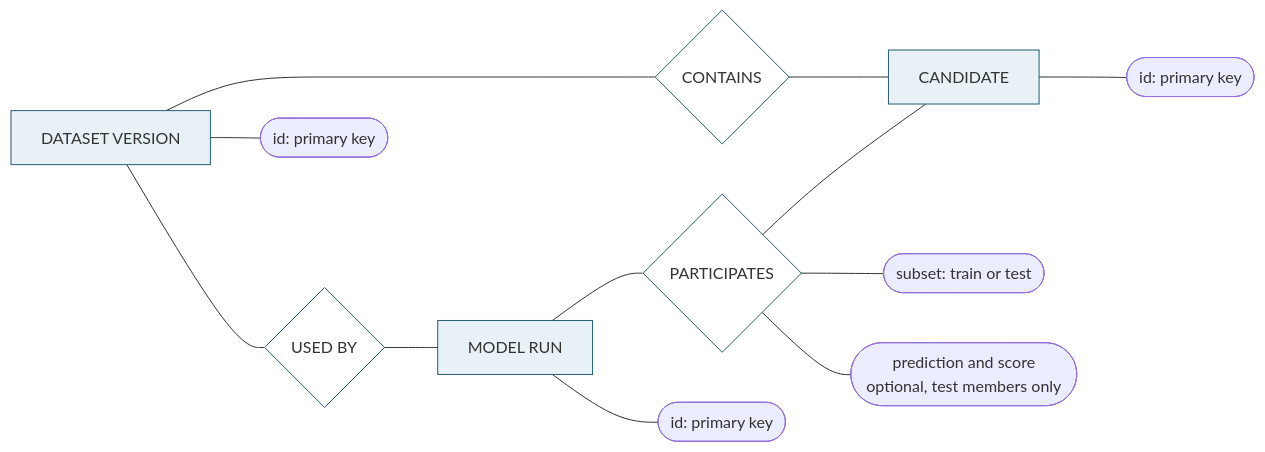
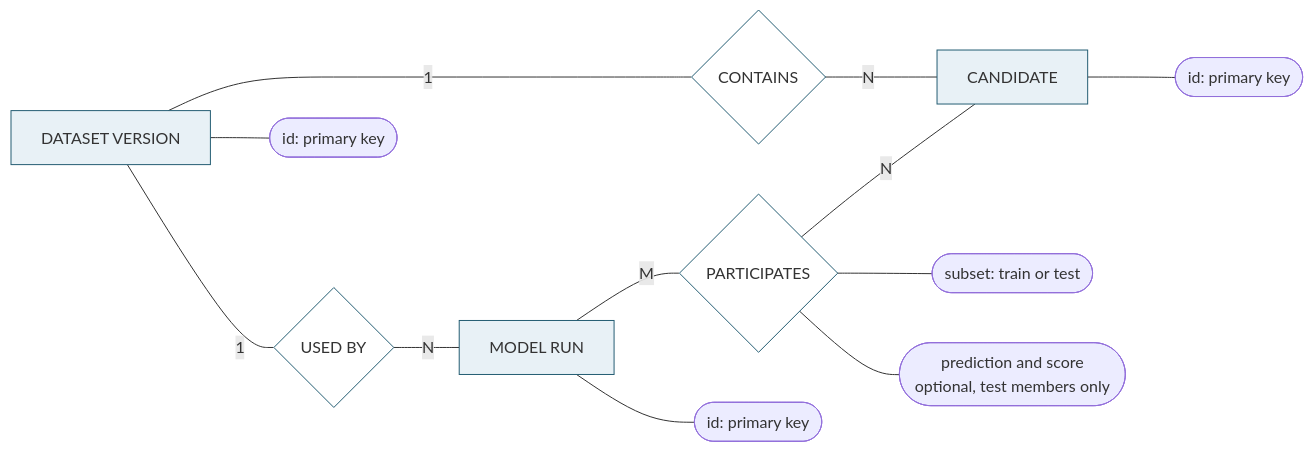
The diagram in docs/conceptual_er.mmd (230408011-debug/applyassigment), drawn with Mermaid before and after one commit. The commit also changed 19 other files, not shown here.

Commit message:
Prepare measured technical report article draft defence guide and rendered diagrams

```diff
--- a/docs/conceptual_er.mmd
+++ b/docs/conceptual_er.mmd
@@ -1,16 +1,16 @@
 flowchart LR
-    D[DATASET VERSION] --- R1{CONTAINS}
-    R1 --- C[CANDIDATE]
-    D --- R2{USED BY}
-    R2 --- R[MODEL RUN]
-    R --- R3{PARTICIPATES}
-    R3 --- C
+    D[DATASET VERSION] ---|1| R1{CONTAINS}
+    R1 ---|N| C[CANDIDATE]
+    D ---|1| R2{USED BY}
+    R2 ---|N| R[MODEL RUN]
+    R ---|M| R3{PARTICIPATES}
+    R3 ---|N| C
     R3 --- Sub([subset: train or test])
     D --- DK([id: primary key])
     C --- CK([id: primary key])
     R --- RK([id: primary key])
     R3 --- Out([prediction and score\noptional, test members only])
     classDef entity fill:#e8f1f6,stroke:#245d73;
     classDef relationship fill:#fff,stroke:#245d73;
     class D,C,R entity;
     class R1,R2,R3 relationship;
```
